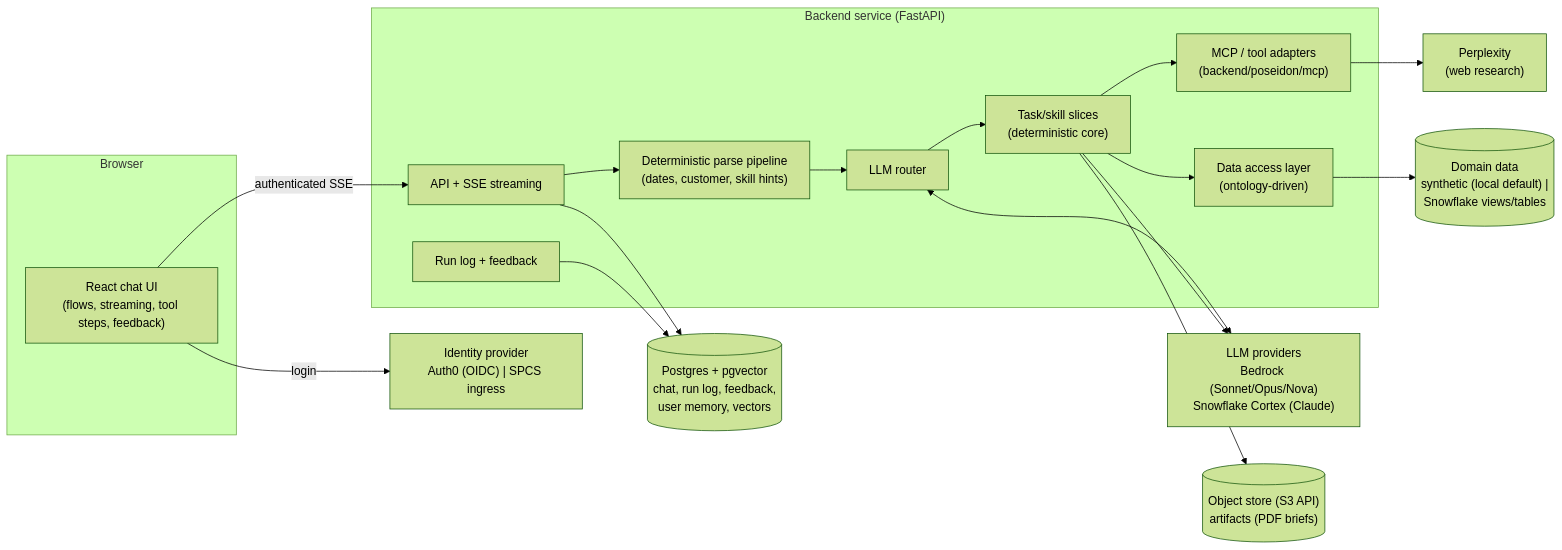
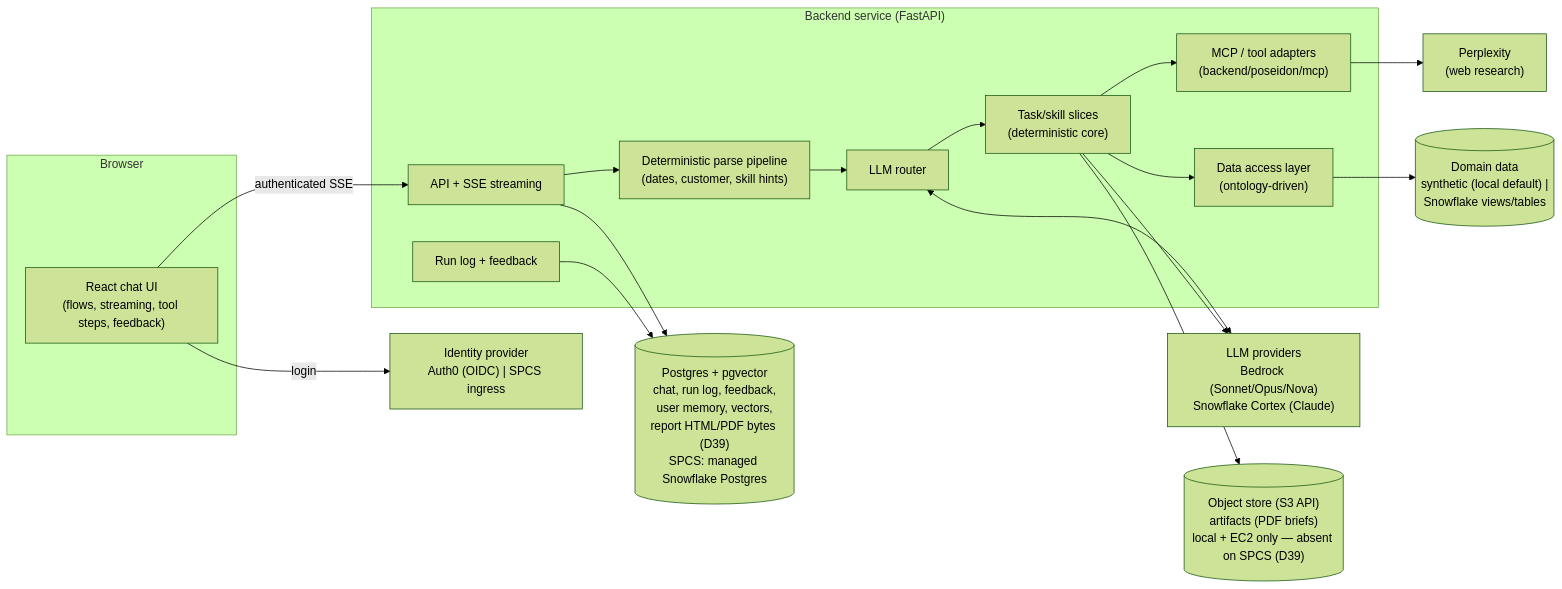
The diagram in docs/architecture/00-overview.md (sal1391/latest_poseidon), drawn with Mermaid (forest theme) before and after one commit. The commit also changed other lines of this file and 5 other files, not shown here.

````diff
--- a/docs/architecture/00-overview.md
+++ b/docs/architecture/00-overview.md
@@ -75,32 +75,32 @@
 ```mermaid
 flowchart LR
   subgraph Client["Browser"]
     UI["React chat UI<br/>(flows, streaming, tool steps, feedback)"]
   end
   subgraph Backend["Backend service (FastAPI)"]
     API["API + SSE streaming"]
     PIPE["Deterministic parse pipeline<br/>(dates, customer, skill hints)"]
     ROUTER["LLM router"]
     SKILLS["Task/skill slices<br/>(deterministic core)"]
     MCP["MCP / tool adapters<br/>(backend/poseidon/mcp)"]
     DATA["Data access layer<br/>(ontology-driven)"]
     RUNLOG["Run log + feedback"]
   end
   IDP["Identity provider<br/>Auth0 (OIDC) | SPCS ingress"]
   LLM["LLM providers<br/>Bedrock (Sonnet/Opus/Nova)<br/>Snowflake Cortex (Claude)"]
   PPLX["Perplexity<br/>(web research)"]
-  PG[("Postgres + pgvector<br/>chat, run log, feedback,<br/>user memory, vectors")]
-  OBJ[("Object store (S3 API)<br/>artifacts (PDF briefs)")]
+  PG[("Postgres + pgvector<br/>chat, run log, feedback,<br/>user memory, vectors,<br/>report HTML/PDF bytes (D39)<br/>SPCS: managed Snowflake Postgres")]
+  OBJ[("Object store (S3 API)<br/>artifacts (PDF briefs)<br/>local + EC2 only — absent on SPCS (D39)")]
   SRC[("Domain data<br/>synthetic (local default) |<br/>Snowflake views/tables")]
 
   UI -- "login" --> IDP
   UI -- "authenticated SSE" --> API
   API --> PIPE --> ROUTER --> SKILLS
   ROUTER <--> LLM
   SKILLS --> LLM
   SKILLS --> MCP --> PPLX
   SKILLS --> DATA --> SRC
   API --> PG
   RUNLOG --> PG
   SKILLS --> OBJ
 ```
````
